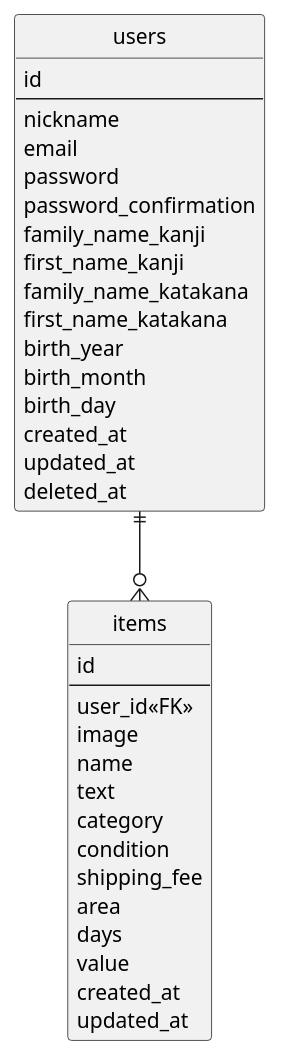
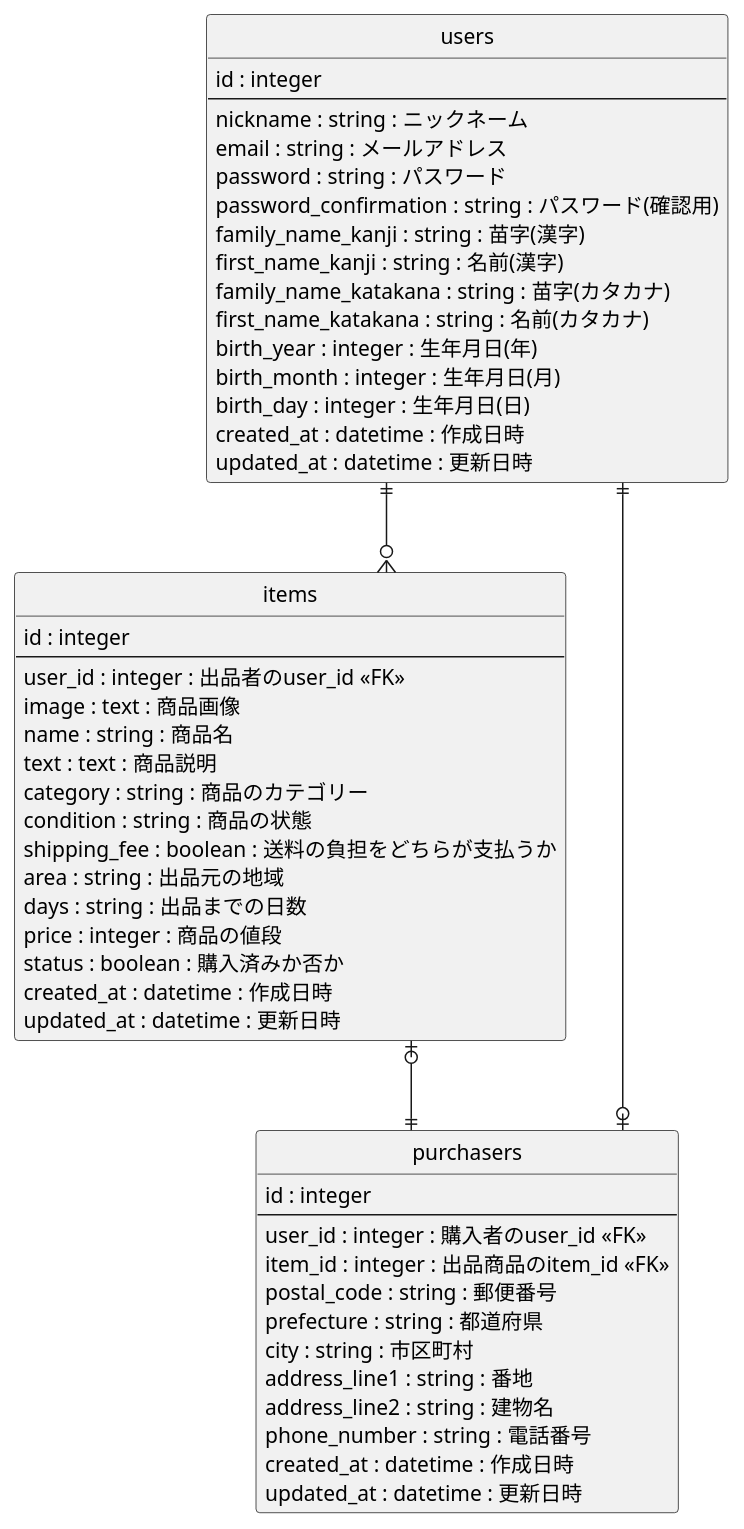
One commit to sugitaku222719/furima-41660 changed the diagram in er.plantuml. Above: the diagram before and after it, drawn with PlantUML. The commit also changed 1 other file, not shown here.

```diff
--- a/er.plantuml
+++ b/er.plantuml
@@ -1,49 +1,63 @@
 @startuml furima
 ' hide the spot
 hide circle
 
 ' avoid problems with angled crows feet
 skinparam linetype ortho
 
 entity "items" as items {
-  id
+  id : integer
   --
-  user_id<<FK>>
-  image
-  name
-  text
-  category
-  condition
-  shipping_fee
-  area
-  days
-  value
-  created_at
-  updated_at
+  user_id : integer : 出品者のuser_id <<FK>>
+  image : text : 商品画像
+  name : string : 商品名
+  text : text : 商品説明
+  category : string : 商品のカテゴリー
+  condition : string : 商品の状態
+  shipping_fee : boolean : 送料の負担をどちらが支払うか
+  area : string : 出品元の地域
+  days : string : 出品までの日数
+  price : integer : 商品の値段
+  status : boolean : 購入済みか否か
+  created_at : datetime : 作成日時
+  updated_at : datetime : 更新日時
 }
 
 entity "users" as users {
-  id
+  id : integer
   --
-  nickname
-  email
-  password
-  password_confirmation
-  family_name_kanji
-  first_name_kanji
-  family_name_katakana
-  first_name_katakana
-  birth_year
-  birth_month
-  birth_day
-  created_at
-  updated_at
-  deleted_at
+  nickname : string : ニックネーム
+  email : string : メールアドレス
+  password : string : パスワード
+  password_confirmation : string : パスワード(確認用)
+  family_name_kanji : string : 苗字(漢字)
+  first_name_kanji : string : 名前(漢字)
+  family_name_katakana : string : 苗字(カタカナ)
+  first_name_katakana : string : 名前(カタカナ)
+  birth_year : integer : 生年月日(年)
+  birth_month : integer : 生年月日(月)
+  birth_day : integer : 生年月日(日)
+  created_at : datetime : 作成日時
+  updated_at : datetime : 更新日時
 }
 
-
+entity "purchasers" as purchasers {
+  id : integer
+  --
+  user_id : integer : 購入者のuser_id <<FK>>
+  item_id : integer : 出品商品のitem_id <<FK>>
+  postal_code : string : 郵便番号
+  prefecture : string : 都道府県
+  city : string : 市区町村
+  address_line1 : string : 番地
+  address_line2 : string : 建物名
+  phone_number : string : 電話番号 
+  created_at : datetime : 作成日時
+  updated_at : datetime : 更新日時
+}
 
 users ||--o{ items
-
+users ||--o| purchasers
+items |o--|| purchasers
 
 @enduml
```
